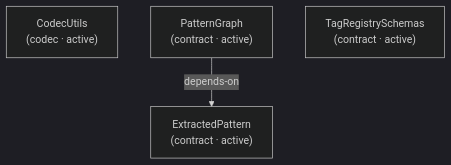
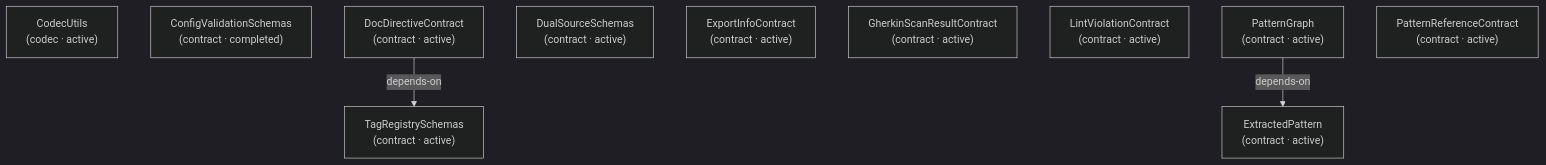
Before and after one commit to libar-dev/architect: diagram 23 of 25 in docs-live/DESIGN-REVIEW.md, drawn with Mermaid (dark theme). The commit also changed other lines of this file and 21 other files, not shown here.

First line of the commit message:
docs(live): regenerate docs-live from the reshaped graph

````diff
--- a/docs-live/DESIGN-REVIEW.md
+++ b/docs-live/DESIGN-REVIEW.md
@@ -476,8 +602,16 @@
 ```mermaid
 graph TD
   codecutils["CodecUtils<br/>(codec · active)"]
+  configvalidationschemas["ConfigValidationSchemas<br/>(contract · completed)"]
+  docdirectivecontract["DocDirectiveContract<br/>(contract · active)"]
+  dualsourceschemas["DualSourceSchemas<br/>(contract · active)"]
+  exportinfocontract["ExportInfoContract<br/>(contract · active)"]
   extractedpattern["ExtractedPattern<br/>(contract · active)"]
+  gherkinscanresultcontract["GherkinScanResultContract<br/>(contract · active)"]
+  lintviolationcontract["LintViolationContract<br/>(contract · active)"]
   patterngraph["PatternGraph<br/>(contract · active)"]
+  patternreferencecontract["PatternReferenceContract<br/>(contract · active)"]
   tagregistryschemas["TagRegistrySchemas<br/>(contract · active)"]
+  docdirectivecontract -->|depends-on| tagregistryschemas
   patterngraph -->|depends-on| extractedpattern
 ```
````
